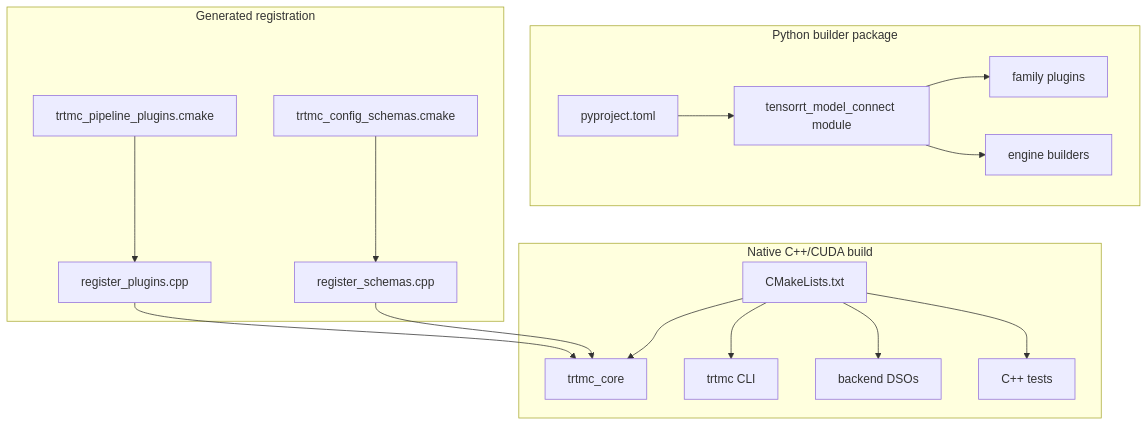
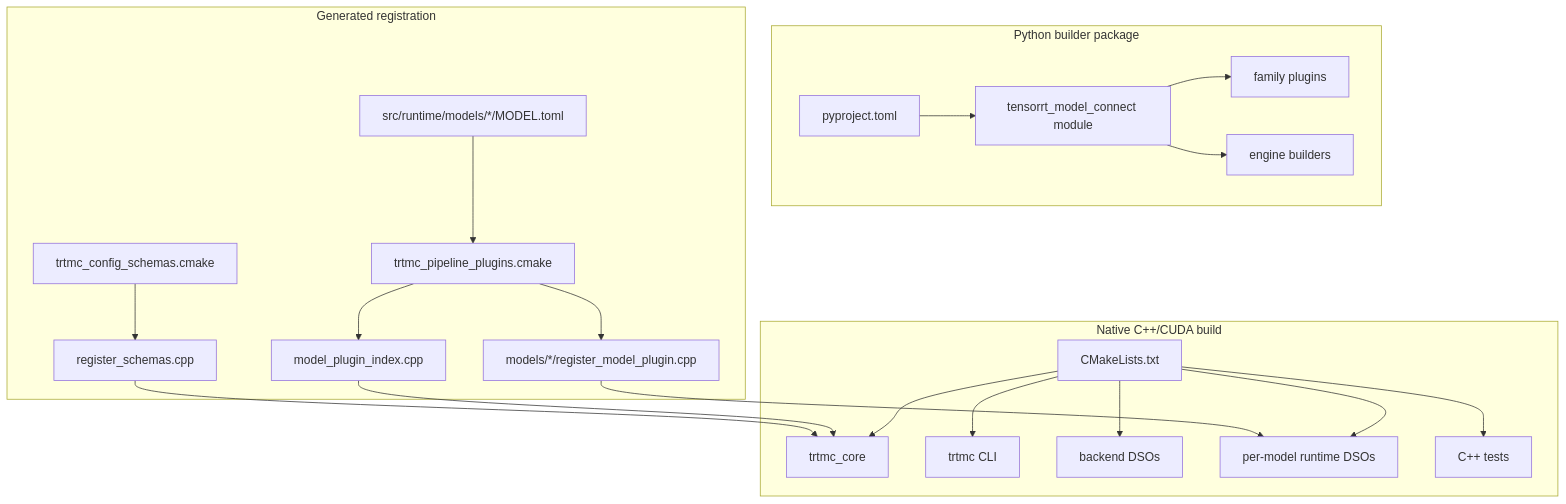
Before and after one commit to NVIDIA/TensorRT-Model-Connect: the first of 2 diagrams in website/docs/architecture/build-system.md, drawn with Mermaid. The commit also changed other lines of this file and 104 other files, not shown here.

First line of the commit message:
docs: align documentation with current architecture

````diff
--- a/website/docs/architecture/build-system.md
+++ b/website/docs/architecture/build-system.md
@@ -7,23 +7,27 @@
 ```mermaid
 flowchart TB
   subgraph Native["Native C++/CUDA build"]
     CMake["CMakeLists.txt"] --> Core["trtmc_core"]
     CMake --> CLI["trtmc CLI"]
     CMake --> Backends["backend DSOs"]
+    CMake --> Models["per-model runtime DSOs"]
     CMake --> Tests["C++ tests"]
   end
 
   subgraph Python["Python builder package"]
     PyProj["pyproject.toml"] --> BuilderModule["tensorrt_model_connect module"]
     BuilderModule --> Families["family plugins"]
     BuilderModule --> Engines["engine builders"]
   end
 
   subgraph Generated["Generated registration"]
-    ManifestPlugins["trtmc_pipeline_plugins.cmake"] --> RegPlugins["register_plugins.cpp"]
+    ModelManifests["src/runtime/models/*/MODEL.toml"] --> PluginCMake["trtmc_pipeline_plugins.cmake"]
+    PluginCMake --> ModelIndex["model_plugin_index.cpp"]
+    PluginCMake --> ModelRegistrars["models/*/register_model_plugin.cpp"]
     ManifestSchemas["trtmc_config_schemas.cmake"] --> RegSchemas["register_schemas.cpp"]
   end
 
-  RegPlugins --> Core
+  ModelIndex --> Core
+  ModelRegistrars --> Models
   RegSchemas --> Core
 ```
````
